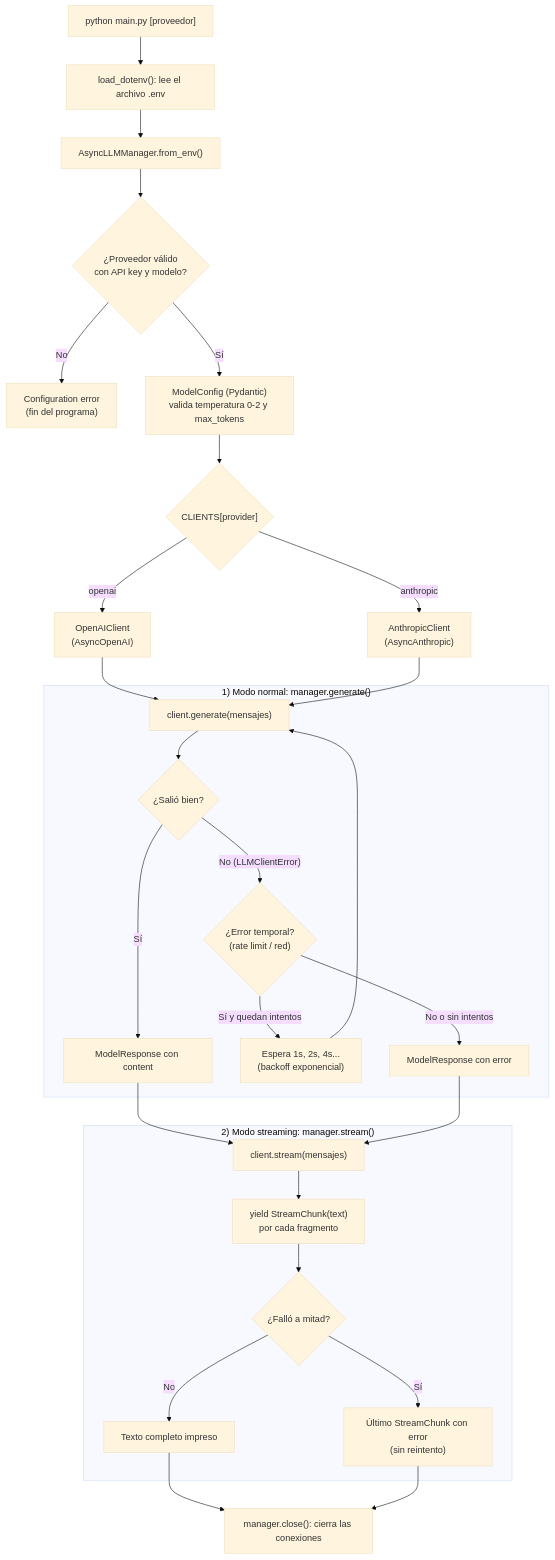
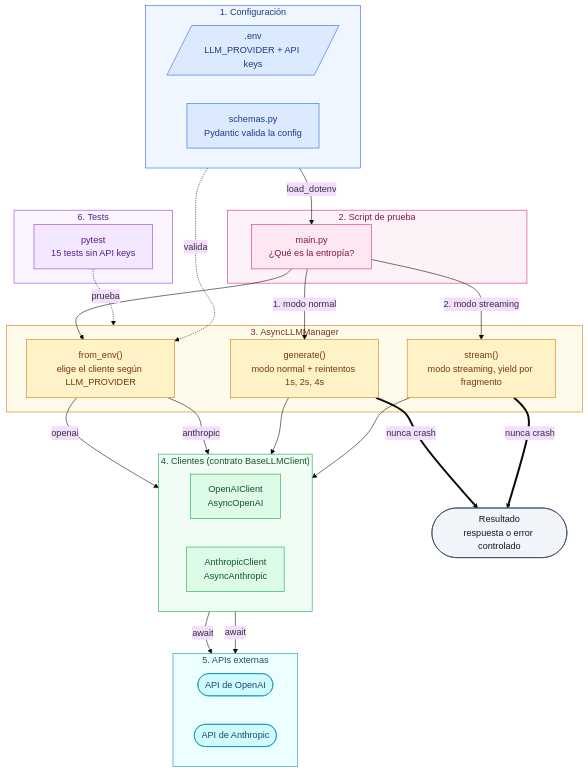
The diagram in README.md (javi2481/unified-async-llm-client), drawn with Mermaid (base theme) before and after one commit. The commit also changed other lines of this file, not shown here.

Commit message:
docs: redesign README flow diagram with colored layers

````diff
--- a/README.md
+++ b/README.md
@@ -57,35 +59,74 @@
 ```mermaid
 flowchart TD
-    A["python main.py [proveedor]"] --> B["load_dotenv(): lee el archivo .env"]
-    B --> C["AsyncLLMManager.from_env()"]
-    C --> D{"¿Proveedor válido<br/>con API key y modelo?"}
-    D -- No --> E["Configuration error<br/>(fin del programa)"]
-    D -- Sí --> F["ModelConfig (Pydantic)<br/>valida temperatura 0-2 y max_tokens"]
-    F --> G{"CLIENTS[provider]"}
-    G -- openai --> H["OpenAIClient<br/>(AsyncOpenAI)"]
-    G -- anthropic --> I["AnthropicClient<br/>(AsyncAnthropic)"]
-    H --> J
-    I --> J
-
-    subgraph NORMAL ["1) Modo normal: manager.generate()"]
-        J["client.generate(mensajes)"] --> K{"¿Salió bien?"}
-        K -- Sí --> L["ModelResponse con content"]
-        K -- "No (LLMClientError)" --> M{"¿Error temporal?<br/>(rate limit / red)"}
-        M -- "Sí y quedan intentos" --> N["Espera 1s, 2s, 4s...<br/>(backoff exponencial)"]
-        N --> J
-        M -- "No o sin intentos" --> O["ModelResponse con error"]
+    subgraph CONFIG["1. Configuración"]
+        direction LR
+        A[/".env<br/>LLM_PROVIDER + API keys"/]
+        B["schemas.py<br/>Pydantic valida la config"]
     end
 
-    L --> P
-    O --> P
-
-    subgraph STREAM ["2) Modo streaming: manager.stream()"]
-        P["client.stream(mensajes)"] --> Q["yield StreamChunk(text)<br/>por cada fragmento"]
-        Q --> R{"¿Falló a mitad?"}
-        R -- No --> S["Texto completo impreso"]
-        R -- Sí --> T["Último StreamChunk con error<br/>(sin reintento)"]
+    subgraph APP["2. Script de prueba"]
+        C["main.py<br/>¿Qué es la entropía?"]
     end
 
-    S --> U["manager.close(): cierra las conexiones"]
-    T --> U
+    subgraph MANAGER["3. AsyncLLMManager"]
+        D["from_env()<br/>elige el cliente según LLM_PROVIDER"]
+        E["generate()<br/>modo normal + reintentos 1s, 2s, 4s"]
+        F["stream()<br/>modo streaming, yield por fragmento"]
+    end
+
+    subgraph CLIENTES["4. Clientes (contrato BaseLLMClient)"]
+        direction LR
+        G["OpenAIClient<br/>AsyncOpenAI"]
+        H["AnthropicClient<br/>AsyncAnthropic"]
+    end
+
+    subgraph APIS["5. APIs externas"]
+        direction LR
+        I(["API de OpenAI"])
+        J(["API de Anthropic"])
+    end
+
+    subgraph TESTS["6. Tests"]
+        T["pytest<br/>15 tests sin API keys"]
+    end
+
+    K(["Resultado<br/>respuesta o error controlado"])
+
+    A -->|load_dotenv| C
+    B -.->|valida| D
+    C --> D
+    C -->|1. modo normal| E
+    C -->|2. modo streaming| F
+    D -->|openai| G
+    D -->|anthropic| H
+    E --> CLIENTES
+    F --> CLIENTES
+    G -->|await| I
+    H -->|await| J
+    E ==>|nunca crash| K
+    F ==>|nunca crash| K
+    T -.->|prueba| MANAGER
+
+    classDef config fill:#dbeafe,stroke:#2563eb,color:#1e3a8a
+    classDef app fill:#fce7f3,stroke:#db2777,color:#831843
+    classDef manager fill:#fef3c7,stroke:#d97706,color:#78350f
+    classDef clientes fill:#dcfce7,stroke:#16a34a,color:#14532d
+    classDef apis fill:#cffafe,stroke:#0891b2,color:#164e63
+    classDef tests fill:#f3e8ff,stroke:#9333ea,color:#581c87
+    classDef resultado fill:#f1f5f9,stroke:#334155,color:#0f172a
+
+    class A,B config
+    class C app
+    class D,E,F manager
+    class G,H clientes
+    class I,J apis
+    class T tests
+    class K resultado
+
+    style CONFIG fill:#eff6ff,stroke:#2563eb,color:#1e3a8a
+    style APP fill:#fdf2f8,stroke:#db2777,color:#831843
+    style MANAGER fill:#fffbeb,stroke:#d97706,color:#78350f
+    style CLIENTES fill:#f0fdf4,stroke:#16a34a,color:#14532d
+    style APIS fill:#ecfeff,stroke:#0891b2,color:#164e63
+    style TESTS fill:#faf5ff,stroke:#9333ea,color:#581c87
 ```
````
